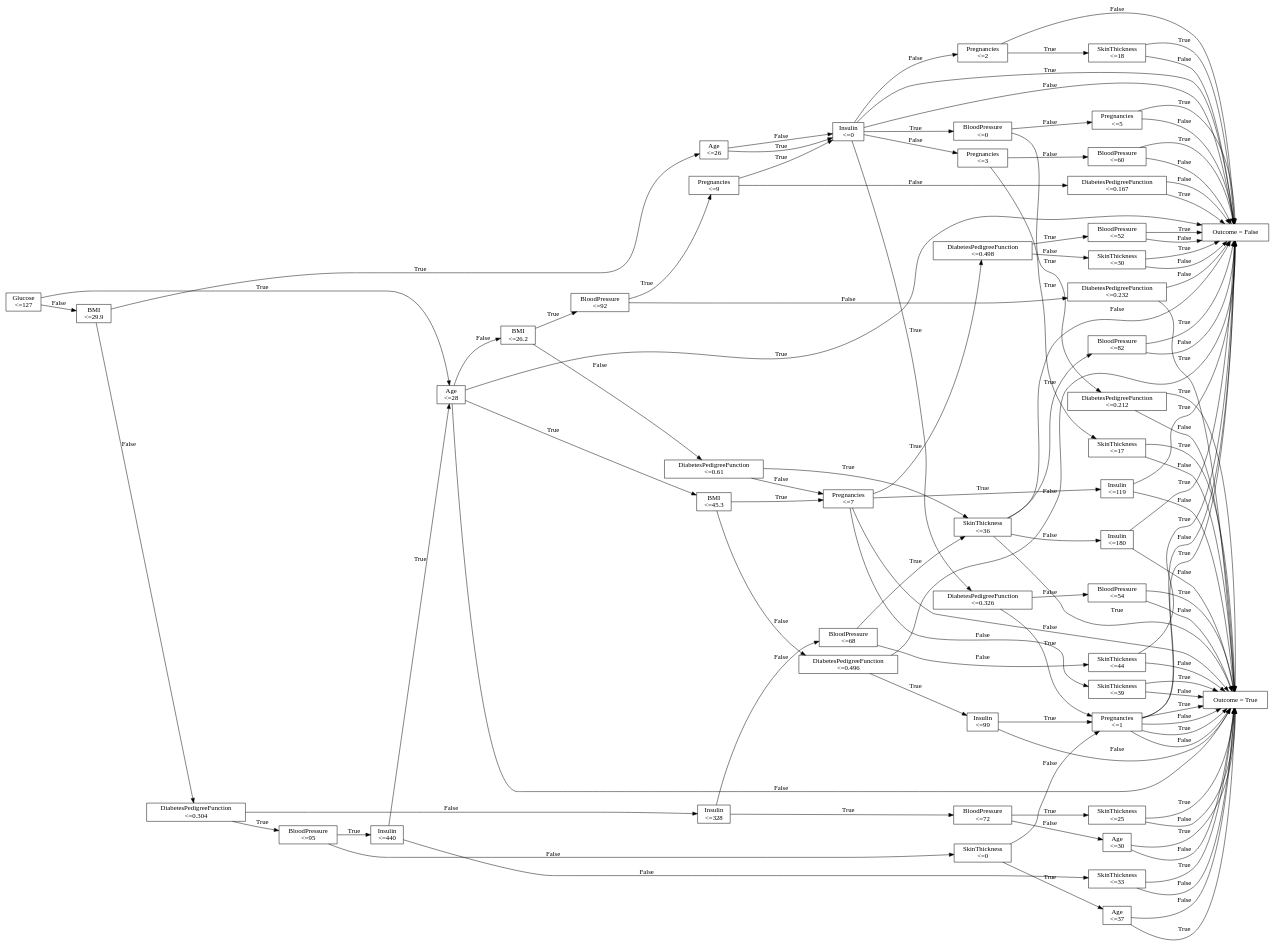
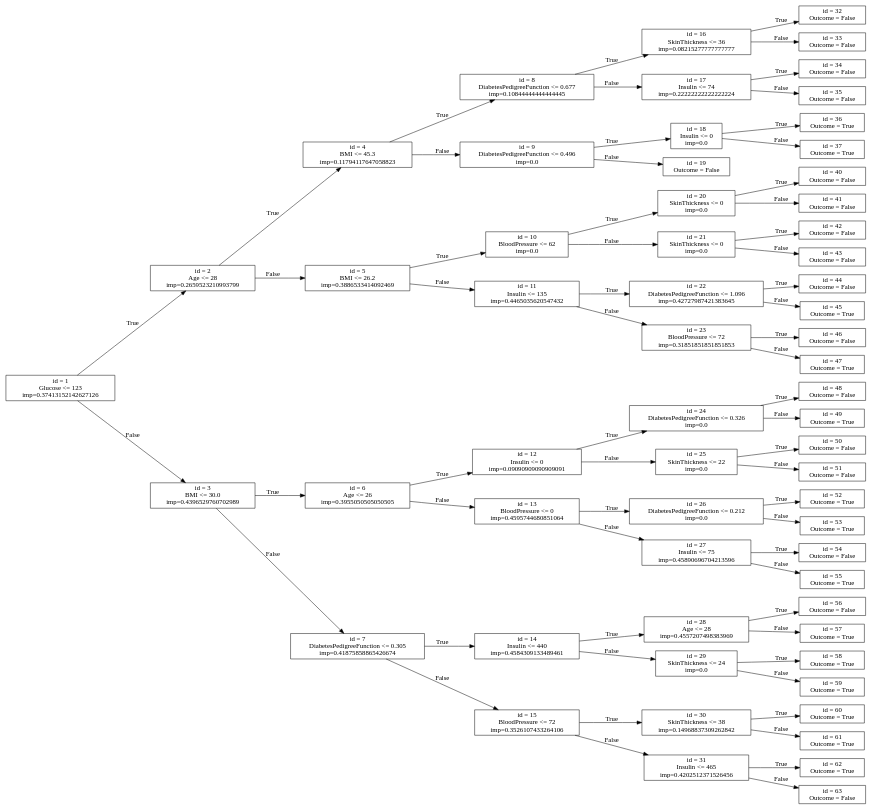
Before and after one commit to Debanjan2001/CS60050-Machine-Learning: the diagram in Assignment-1/decision_tree.gv, drawn with Graphviz. The commit also changed 8 other files, not shown here.

```diff
--- a/Assignment-1/decision_tree.gv
+++ b/Assignment-1/decision_tree.gv
@@ -1,268 +1,273 @@
 digraph "Decision Tree" {
 	rankdir=LR size="1000,500"
 	node [shape=rectangle]
-	"Glucose
-<=127" -> "Age
-<=28" [label=True]
-	"Glucose
-<=127" -> "BMI
-<=29.9" [label=False]
-	"Age
-<=28" -> "BMI
-<=45.3" [label=True]
-	"Age
-<=28" -> "BMI
-<=26.2" [label=False]
-	"BMI
-<=29.9" -> "Age
-<=26" [label=True]
-	"BMI
-<=29.9" -> "DiabetesPedigreeFunction
-<=0.304" [label=False]
-	"BMI
-<=45.3" -> "Pregnancies
-<=7" [label=True]
-	"BMI
-<=45.3" -> "DiabetesPedigreeFunction
-<=0.496" [label=False]
-	"BMI
-<=26.2" -> "BloodPressure
-<=92" [label=True]
-	"BMI
-<=26.2" -> "DiabetesPedigreeFunction
-<=0.61" [label=False]
-	"Age
-<=26" -> "Insulin
-<=0" [label=True]
-	"Age
-<=26" -> "Insulin
-<=0" [label=False]
-	"DiabetesPedigreeFunction
-<=0.304" -> "BloodPressure
-<=95" [label=True]
-	"DiabetesPedigreeFunction
-<=0.304" -> "Insulin
-<=328" [label=False]
-	"Pregnancies
-<=7" -> "DiabetesPedigreeFunction
-<=0.498" [label=True]
-	"Pregnancies
-<=7" -> "Outcome = True" [label=False]
-	"DiabetesPedigreeFunction
-<=0.496" -> "Insulin
-<=99" [label=True]
-	"DiabetesPedigreeFunction
-<=0.496" -> "Outcome = False" [label=False]
-	"BloodPressure
-<=92" -> "Pregnancies
-<=9" [label=True]
-	"BloodPressure
-<=92" -> "DiabetesPedigreeFunction
-<=0.232" [label=False]
-	"DiabetesPedigreeFunction
-<=0.61" -> "SkinThickness
-<=36" [label=True]
-	"DiabetesPedigreeFunction
-<=0.61" -> "Pregnancies
-<=7" [label=False]
-	"Insulin
-<=0" -> "DiabetesPedigreeFunction
-<=0.326" [label=True]
-	"Insulin
-<=0" -> "Pregnancies
-<=2" [label=False]
-	"Insulin
-<=0" -> "BloodPressure
-<=0" [label=True]
-	"Insulin
-<=0" -> "Pregnancies
-<=3" [label=False]
-	"BloodPressure
-<=95" -> "Insulin
-<=440" [label=True]
-	"BloodPressure
-<=95" -> "SkinThickness
-<=0" [label=False]
-	"Insulin
-<=328" -> "BloodPressure
-<=72" [label=True]
-	"Insulin
-<=328" -> "BloodPressure
-<=68" [label=False]
-	"DiabetesPedigreeFunction
-<=0.498" -> "BloodPressure
-<=52" [label=True]
-	"DiabetesPedigreeFunction
-<=0.498" -> "SkinThickness
-<=30" [label=False]
-	"Insulin
-<=99" -> "Pregnancies
-<=1" [label=True]
-	"Insulin
-<=99" -> "Outcome = True" [label=False]
-	"Pregnancies
-<=9" -> "Insulin
-<=0" [label=True]
-	"Pregnancies
-<=9" -> "DiabetesPedigreeFunction
-<=0.167" [label=False]
-	"DiabetesPedigreeFunction
-<=0.232" -> "Outcome = True" [label=True]
-	"DiabetesPedigreeFunction
-<=0.232" -> "Outcome = False" [label=False]
-	"SkinThickness
-<=36" -> "BloodPressure
-<=82" [label=True]
-	"SkinThickness
-<=36" -> "Insulin
-<=180" [label=False]
-	"Pregnancies
-<=7" -> "Insulin
-<=119" [label=True]
-	"Pregnancies
-<=7" -> "SkinThickness
-<=39" [label=False]
-	"DiabetesPedigreeFunction
-<=0.326" -> "Pregnancies
-<=1" [label=True]
-	"DiabetesPedigreeFunction
-<=0.326" -> "BloodPressure
-<=54" [label=False]
-	"Pregnancies
-<=2" -> "SkinThickness
-<=18" [label=True]
-	"Pregnancies
-<=2" -> "Outcome = False" [label=False]
-	"BloodPressure
-<=0" -> "DiabetesPedigreeFunction
-<=0.212" [label=True]
-	"BloodPressure
-<=0" -> "Pregnancies
-<=5" [label=False]
-	"Pregnancies
-<=3" -> "SkinThickness
-<=17" [label=True]
-	"Pregnancies
-<=3" -> "BloodPressure
-<=60" [label=False]
-	"Insulin
-<=440" -> "Age
-<=28" [label=True]
-	"Insulin
-<=440" -> "SkinThickness
-<=33" [label=False]
-	"SkinThickness
-<=0" -> "Age
-<=37" [label=True]
-	"SkinThickness
-<=0" -> "Pregnancies
-<=1" [label=False]
-	"BloodPressure
-<=72" -> "SkinThickness
-<=25" [label=True]
-	"BloodPressure
-<=72" -> "Age
-<=30" [label=False]
-	"BloodPressure
-<=68" -> "SkinThickness
-<=36" [label=True]
-	"BloodPressure
-<=68" -> "SkinThickness
-<=44" [label=False]
-	"BloodPressure
-<=52" -> "Outcome = False" [label=True]
-	"BloodPressure
-<=52" -> "Outcome = False" [label=False]
-	"SkinThickness
-<=30" -> "Outcome = False" [label=True]
-	"SkinThickness
-<=30" -> "Outcome = False" [label=False]
-	"Pregnancies
-<=1" -> "Outcome = True" [label=True]
-	"Pregnancies
-<=1" -> "Outcome = True" [label=False]
-	"Insulin
-<=0" -> "Outcome = False" [label=True]
-	"Insulin
-<=0" -> "Outcome = False" [label=False]
-	"DiabetesPedigreeFunction
-<=0.167" -> "Outcome = False" [label=True]
-	"DiabetesPedigreeFunction
-<=0.167" -> "Outcome = False" [label=False]
-	"BloodPressure
-<=82" -> "Outcome = False" [label=True]
-	"BloodPressure
-<=82" -> "Outcome = False" [label=False]
-	"Insulin
-<=180" -> "Outcome = False" [label=True]
-	"Insulin
-<=180" -> "Outcome = True" [label=False]
-	"Insulin
-<=119" -> "Outcome = False" [label=True]
-	"Insulin
-<=119" -> "Outcome = True" [label=False]
-	"SkinThickness
-<=39" -> "Outcome = True" [label=True]
-	"SkinThickness
-<=39" -> "Outcome = True" [label=False]
-	"Pregnancies
-<=1" -> "Outcome = False" [label=True]
-	"Pregnancies
-<=1" -> "Outcome = False" [label=False]
-	"BloodPressure
-<=54" -> "Outcome = True" [label=True]
-	"BloodPressure
-<=54" -> "Outcome = True" [label=False]
-	"SkinThickness
-<=18" -> "Outcome = False" [label=True]
-	"SkinThickness
-<=18" -> "Outcome = False" [label=False]
-	"DiabetesPedigreeFunction
-<=0.212" -> "Outcome = True" [label=True]
-	"DiabetesPedigreeFunction
-<=0.212" -> "Outcome = True" [label=False]
-	"Pregnancies
-<=5" -> "Outcome = False" [label=True]
-	"Pregnancies
-<=5" -> "Outcome = False" [label=False]
-	"SkinThickness
-<=17" -> "Outcome = True" [label=True]
-	"SkinThickness
-<=17" -> "Outcome = True" [label=False]
-	"BloodPressure
-<=60" -> "Outcome = False" [label=True]
-	"BloodPressure
-<=60" -> "Outcome = False" [label=False]
-	"Age
-<=28" -> "Outcome = False" [label=True]
-	"Age
-<=28" -> "Outcome = True" [label=False]
-	"SkinThickness
-<=33" -> "Outcome = True" [label=True]
-	"SkinThickness
-<=33" -> "Outcome = True" [label=False]
-	"Age
-<=37" -> "Outcome = True" [label=True]
-	"Age
-<=37" -> "Outcome = True" [label=False]
-	"Pregnancies
-<=1" -> "Outcome = True" [label=True]
-	"Pregnancies
-<=1" -> "Outcome = True" [label=False]
-	"SkinThickness
-<=25" -> "Outcome = True" [label=True]
-	"SkinThickness
-<=25" -> "Outcome = True" [label=False]
-	"Age
-<=30" -> "Outcome = True" [label=True]
-	"Age
-<=30" -> "Outcome = True" [label=False]
-	"SkinThickness
-<=36" -> "Outcome = True" [label=True]
-	"SkinThickness
-<=36" -> "Outcome = False" [label=False]
-	"SkinThickness
-<=44" -> "Outcome = False" [label=True]
-	"SkinThickness
-<=44" -> "Outcome = True" [label=False]
+	"id = 1
+Glucose <= 123
+ imp=0.37413152142627126" -> "id = 2
+Age <= 28
+ imp=0.2659523210993799" [label=True]
+	"id = 1
+Glucose <= 123
+ imp=0.37413152142627126" -> "id = 3
+BMI <= 30.0
+ imp=0.4396529760702989" [label=False]
+	"id = 2
+Age <= 28
+ imp=0.2659523210993799" -> "id = 4
+BMI <= 45.3
+ imp=0.11794117647058823" [label=True]
+	"id = 2
+Age <= 28
+ imp=0.2659523210993799" -> "id = 5
+BMI <= 26.2
+ imp=0.3886533414092469" [label=False]
+	"id = 3
+BMI <= 30.0
+ imp=0.4396529760702989" -> "id = 6
+Age <= 26
+ imp=0.3955050505050505" [label=True]
+	"id = 3
+BMI <= 30.0
+ imp=0.4396529760702989" -> "id = 7
+DiabetesPedigreeFunction <= 0.305
+ imp=0.41875858865426674" [label=False]
+	"id = 4
+BMI <= 45.3
+ imp=0.11794117647058823" -> "id = 8
+DiabetesPedigreeFunction <= 0.677
+ imp=0.10844444444444445" [label=True]
+	"id = 4
+BMI <= 45.3
+ imp=0.11794117647058823" -> "id = 9
+DiabetesPedigreeFunction <= 0.496
+ imp=0.0" [label=False]
+	"id = 5
+BMI <= 26.2
+ imp=0.3886533414092469" -> "id = 10
+BloodPressure <= 62
+ imp=0.0" [label=True]
+	"id = 5
+BMI <= 26.2
+ imp=0.3886533414092469" -> "id = 11
+Insulin <= 135
+ imp=0.4465035620547432" [label=False]
+	"id = 6
+Age <= 26
+ imp=0.3955050505050505" -> "id = 12
+Insulin <= 0
+ imp=0.09090909090909091" [label=True]
+	"id = 6
+Age <= 26
+ imp=0.3955050505050505" -> "id = 13
+BloodPressure <= 0
+ imp=0.4595744680851064" [label=False]
+	"id = 7
+DiabetesPedigreeFunction <= 0.305
+ imp=0.41875858865426674" -> "id = 14
+Insulin <= 440
+ imp=0.4584309133489461" [label=True]
+	"id = 7
+DiabetesPedigreeFunction <= 0.305
+ imp=0.41875858865426674" -> "id = 15
+BloodPressure <= 72
+ imp=0.3526107433264106" [label=False]
+	"id = 8
+DiabetesPedigreeFunction <= 0.677
+ imp=0.10844444444444445" -> "id = 16
+SkinThickness <= 36
+ imp=0.08215277777777777" [label=True]
+	"id = 8
+DiabetesPedigreeFunction <= 0.677
+ imp=0.10844444444444445" -> "id = 17
+Insulin <= 74
+ imp=0.22222222222222224" [label=False]
+	"id = 9
+DiabetesPedigreeFunction <= 0.496
+ imp=0.0" -> "id = 18
+Insulin <= 0
+ imp=0.0" [label=True]
+	"id = 9
+DiabetesPedigreeFunction <= 0.496
+ imp=0.0" -> "id = 19
+Outcome = False" [label=False]
+	"id = 10
+BloodPressure <= 62
+ imp=0.0" -> "id = 20
+SkinThickness <= 0
+ imp=0.0" [label=True]
+	"id = 10
+BloodPressure <= 62
+ imp=0.0" -> "id = 21
+SkinThickness <= 0
+ imp=0.0" [label=False]
+	"id = 11
+Insulin <= 135
+ imp=0.4465035620547432" -> "id = 22
+DiabetesPedigreeFunction <= 1.096
+ imp=0.42727987421383645" [label=True]
+	"id = 11
+Insulin <= 135
+ imp=0.4465035620547432" -> "id = 23
+BloodPressure <= 72
+ imp=0.31851851851851853" [label=False]
+	"id = 12
+Insulin <= 0
+ imp=0.09090909090909091" -> "id = 24
+DiabetesPedigreeFunction <= 0.326
+ imp=0.0" [label=True]
+	"id = 12
+Insulin <= 0
+ imp=0.09090909090909091" -> "id = 25
+SkinThickness <= 22
+ imp=0.0" [label=False]
+	"id = 13
+BloodPressure <= 0
+ imp=0.4595744680851064" -> "id = 26
+DiabetesPedigreeFunction <= 0.212
+ imp=0.0" [label=True]
+	"id = 13
+BloodPressure <= 0
+ imp=0.4595744680851064" -> "id = 27
+Insulin <= 75
+ imp=0.45890696704213596" [label=False]
+	"id = 14
+Insulin <= 440
+ imp=0.4584309133489461" -> "id = 28
+Age <= 28
+ imp=0.4557207498383969" [label=True]
+	"id = 14
+Insulin <= 440
+ imp=0.4584309133489461" -> "id = 29
+SkinThickness <= 24
+ imp=0.0" [label=False]
+	"id = 15
+BloodPressure <= 72
+ imp=0.3526107433264106" -> "id = 30
+SkinThickness <= 38
+ imp=0.14968837309262842" [label=True]
+	"id = 15
+BloodPressure <= 72
+ imp=0.3526107433264106" -> "id = 31
+Insulin <= 465
+ imp=0.4202512371526456" [label=False]
+	"id = 16
+SkinThickness <= 36
+ imp=0.08215277777777777" -> "id = 32
+Outcome = False" [label=True]
+	"id = 16
+SkinThickness <= 36
+ imp=0.08215277777777777" -> "id = 33
+Outcome = False" [label=False]
+	"id = 17
+Insulin <= 74
+ imp=0.22222222222222224" -> "id = 34
+Outcome = False" [label=True]
+	"id = 17
+Insulin <= 74
+ imp=0.22222222222222224" -> "id = 35
+Outcome = False" [label=False]
+	"id = 18
+Insulin <= 0
+ imp=0.0" -> "id = 36
+Outcome = True" [label=True]
+	"id = 18
+Insulin <= 0
+ imp=0.0" -> "id = 37
+Outcome = True" [label=False]
+	"id = 20
+SkinThickness <= 0
+ imp=0.0" -> "id = 40
+Outcome = False" [label=True]
+	"id = 20
+SkinThickness <= 0
+ imp=0.0" -> "id = 41
+Outcome = False" [label=False]
+	"id = 21
+SkinThickness <= 0
+ imp=0.0" -> "id = 42
+Outcome = False" [label=True]
+	"id = 21
+SkinThickness <= 0
+ imp=0.0" -> "id = 43
+Outcome = False" [label=False]
+	"id = 22
+DiabetesPedigreeFunction <= 1.096
+ imp=0.42727987421383645" -> "id = 44
+Outcome = False" [label=True]
+	"id = 22
+DiabetesPedigreeFunction <= 1.096
+ imp=0.42727987421383645" -> "id = 45
+Outcome = True" [label=False]
+	"id = 23
+BloodPressure <= 72
+ imp=0.31851851851851853" -> "id = 46
+Outcome = False" [label=True]
+	"id = 23
+BloodPressure <= 72
+ imp=0.31851851851851853" -> "id = 47
+Outcome = True" [label=False]
+	"id = 24
+DiabetesPedigreeFunction <= 0.326
+ imp=0.0" -> "id = 48
+Outcome = False" [label=True]
+	"id = 24
+DiabetesPedigreeFunction <= 0.326
+ imp=0.0" -> "id = 49
+Outcome = True" [label=False]
+	"id = 25
+SkinThickness <= 22
+ imp=0.0" -> "id = 50
+Outcome = False" [label=True]
+	"id = 25
+SkinThickness <= 22
+ imp=0.0" -> "id = 51
+Outcome = False" [label=False]
+	"id = 26
+DiabetesPedigreeFunction <= 0.212
+ imp=0.0" -> "id = 52
+Outcome = True" [label=True]
+	"id = 26
+DiabetesPedigreeFunction <= 0.212
+ imp=0.0" -> "id = 53
+Outcome = True" [label=False]
+	"id = 27
+Insulin <= 75
+ imp=0.45890696704213596" -> "id = 54
+Outcome = False" [label=True]
+	"id = 27
+Insulin <= 75
+ imp=0.45890696704213596" -> "id = 55
+Outcome = True" [label=False]
+	"id = 28
+Age <= 28
+ imp=0.4557207498383969" -> "id = 56
+Outcome = False" [label=True]
+	"id = 28
+Age <= 28
+ imp=0.4557207498383969" -> "id = 57
+Outcome = True" [label=False]
+	"id = 29
+SkinThickness <= 24
+ imp=0.0" -> "id = 58
+Outcome = True" [label=True]
+	"id = 29
+SkinThickness <= 24
+ imp=0.0" -> "id = 59
+Outcome = True" [label=False]
+	"id = 30
+SkinThickness <= 38
+ imp=0.14968837309262842" -> "id = 60
+Outcome = True" [label=True]
+	"id = 30
+SkinThickness <= 38
+ imp=0.14968837309262842" -> "id = 61
+Outcome = True" [label=False]
+	"id = 31
+Insulin <= 465
+ imp=0.4202512371526456" -> "id = 62
+Outcome = True" [label=True]
+	"id = 31
+Insulin <= 465
+ imp=0.4202512371526456" -> "id = 63
+Outcome = False" [label=False]
 }
```
